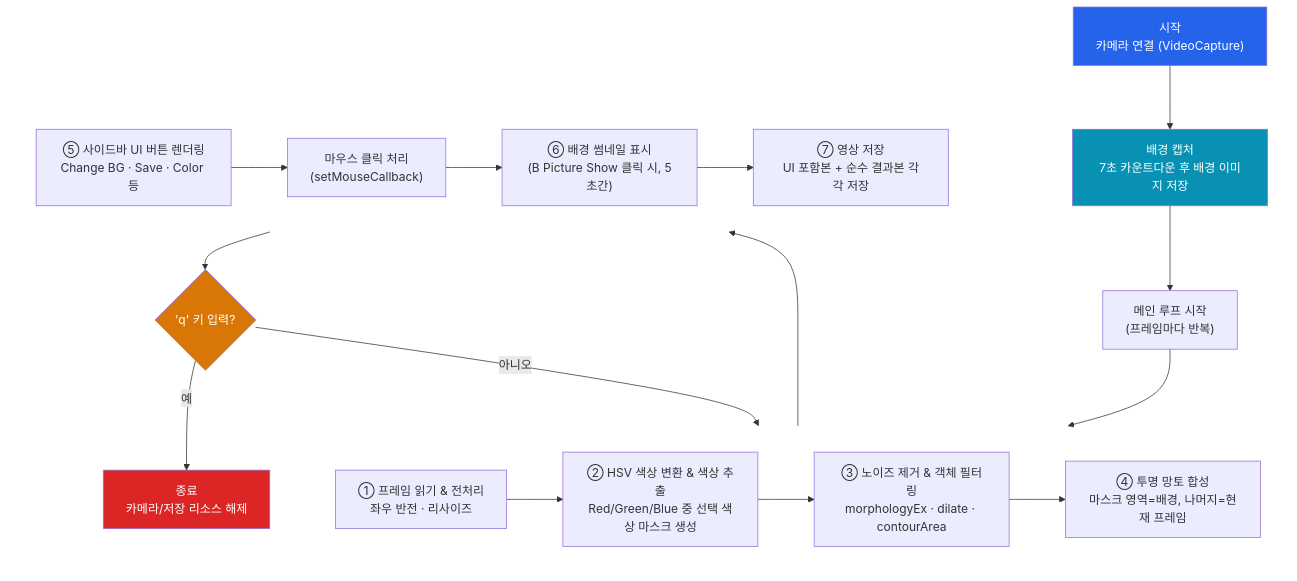
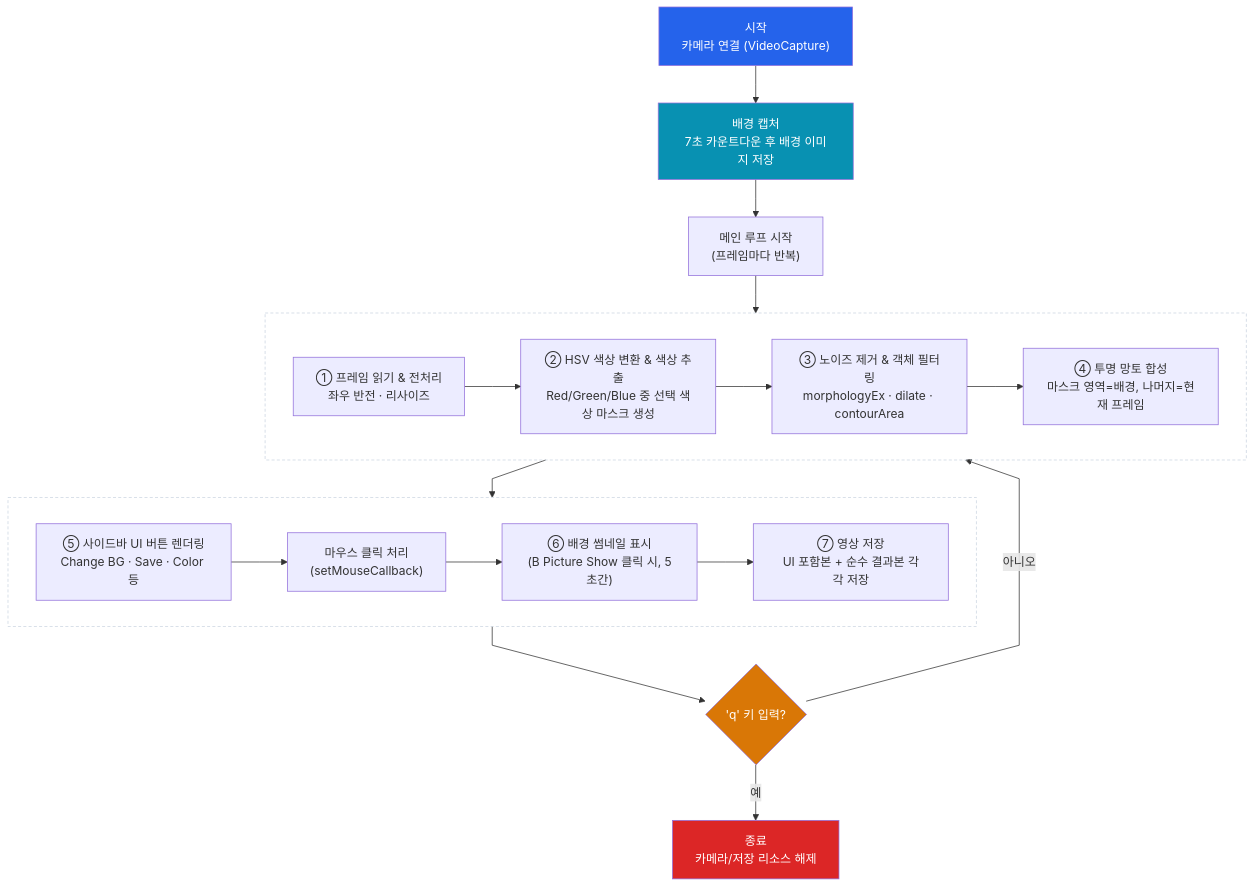
One commit to 2101080JUNGJINYOUNG/OpenCV-Invisibility-Cloak changed the diagram in README.md. Above: the diagram before and after it, drawn with Mermaid.

````diff
--- a/README.md
+++ b/README.md
@@ -15,31 +15,32 @@
 ```mermaid
+%%{init: {"flowchart": {"curve": "linear"}} }%%
 flowchart TD
     A["시작<br/>카메라 연결 (VideoCapture)"] --> B["배경 캡처<br/>7초 카운트다운 후 배경 이미지 저장"]
     B --> C["메인 루프 시작<br/>(프레임마다 반복)"]
 
+    subgraph ROW2[" "]
+        direction LR
+        C5["⑤ 사이드바 UI 버튼 렌더링<br/>Change BG · Save · Color 등"] --> C6["마우스 클릭 처리<br/>(setMouseCallback)"]
+        C6 --> C7["⑥ 배경 썸네일 표시<br/>(B Picture Show 클릭 시, 5초간)"]
+        C7 --> C8["⑦ 영상 저장<br/>UI 포함본 + 순수 결과본 각각 저장"]
+    end
     subgraph ROW1[" "]
         direction LR
         C1["① 프레임 읽기 & 전처리<br/>좌우 반전 · 리사이즈"] --> C2["② HSV 색상 변환 & 색상 추출<br/>Red/Green/Blue 중 선택 색상 마스크 생성"]
         C2 --> C3["③ 노이즈 제거 & 객체 필터링<br/>morphologyEx · dilate · contourArea"]
         C3 --> C4["④ 투명 망토 합성<br/>마스크 영역=배경, 나머지=현재 프레임"]
-    end
-    subgraph ROW2[" "]
-        direction LR
-        C5["⑤ 사이드바 UI 버튼 렌더링<br/>Change BG · Save · Color 등"] --> C6["마우스 클릭 처리<br/>(setMouseCallback)"]
-        C6 --> C7["⑥ 배경 썸네일 표시<br/>(B Picture Show 클릭 시, 5초간)"]
-        C7 --> C8["⑦ 영상 저장<br/>UI 포함본 + 순수 결과본 각각 저장"]
     end
 
     C --> ROW1
     ROW1 --> ROW2
     ROW2 --> D{"'q' 키 입력?"}
     D -- 아니오 --> ROW1
     D -- 예 --> E["종료<br/>카메라/저장 리소스 해제"]
 
     style A fill:#2563eb,color:#fff
     style E fill:#dc2626,color:#fff
     style B fill:#0891b2,color:#fff
     style D fill:#d97706,color:#fff
-    style ROW1 fill:transparent,stroke:transparent
-    style ROW2 fill:transparent,stroke:transparent
+    style ROW1 fill:transparent,stroke:#cbd5e1,stroke-dasharray: 4 3
+    style ROW2 fill:transparent,stroke:#cbd5e1,stroke-dasharray: 4 3
 ```
````
